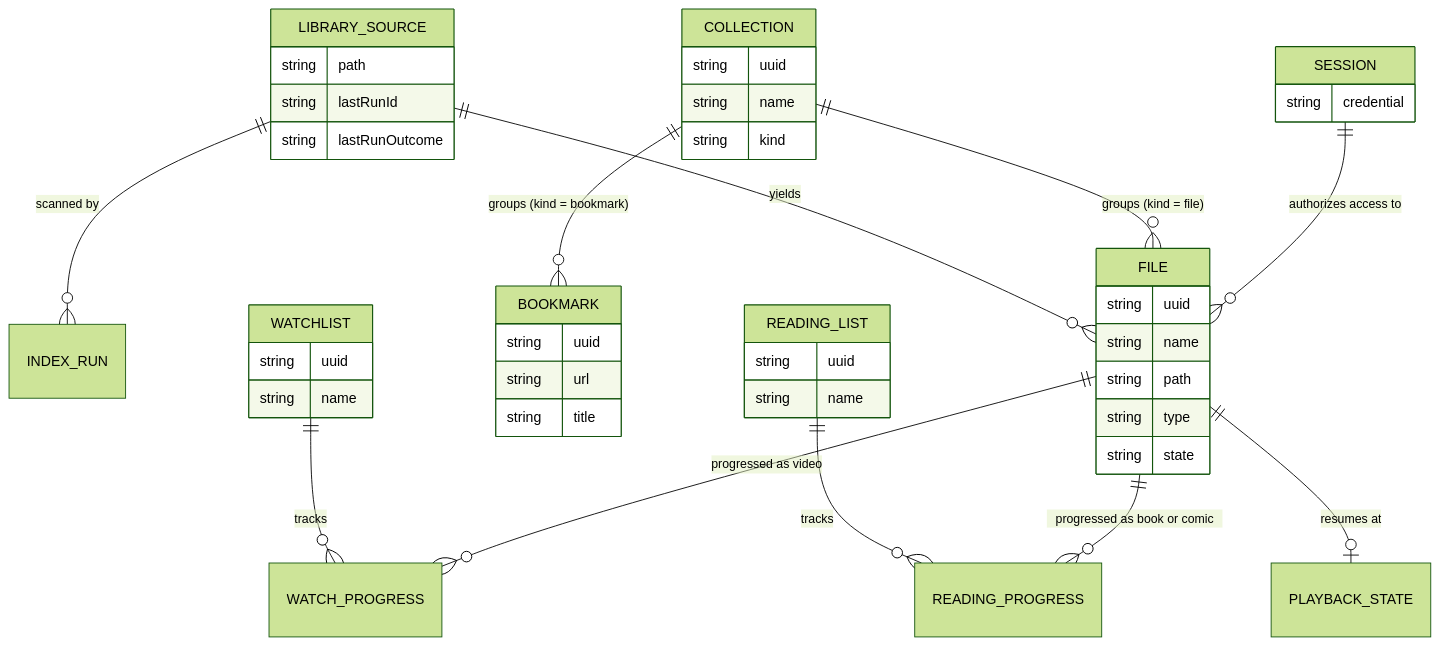
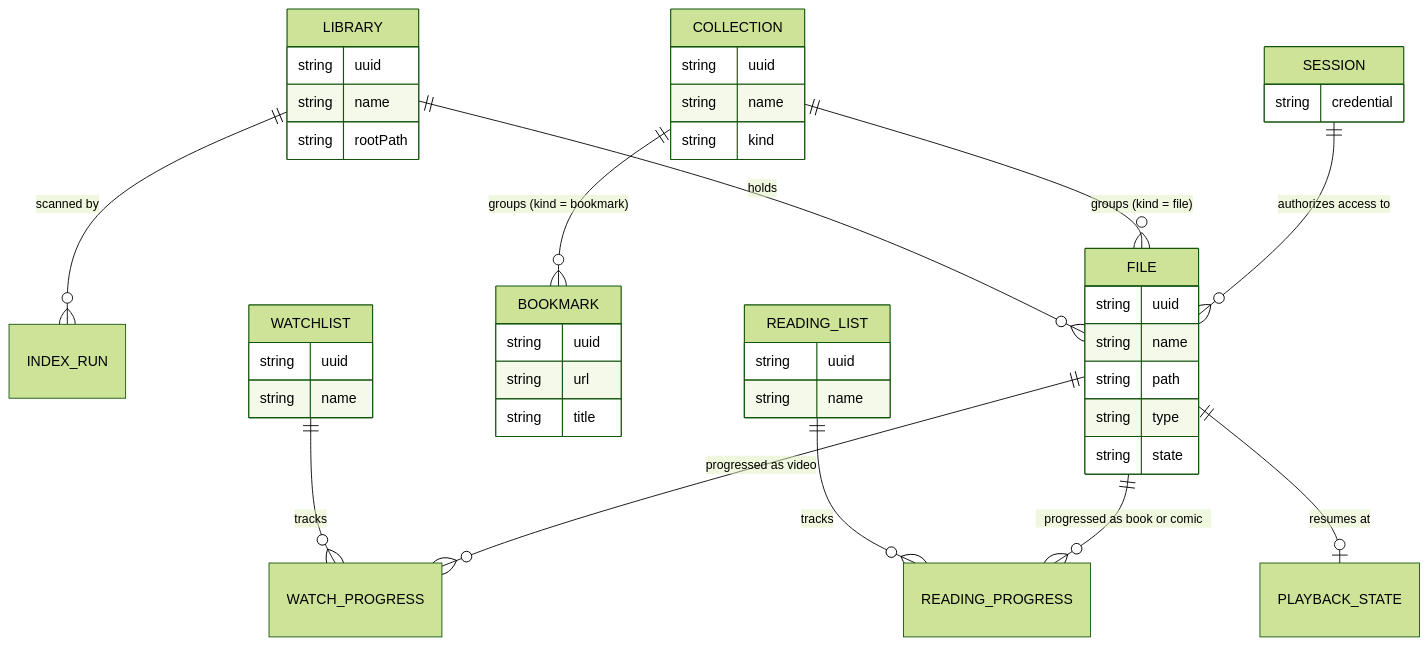
The second of 3 diagrams in docs/requirements/Vision Document.md (artur-rios/alexandria-ui), drawn with Mermaid (forest theme) before and after one commit. The commit also changed other lines of this file and 11 other files, not shown here.

````diff
--- a/docs/requirements/Vision Document.md
+++ b/docs/requirements/Vision Document.md
@@ -169,47 +172,47 @@
 ```mermaid
 erDiagram
-    LIBRARY_SOURCE ||--o{ INDEX_RUN : "scanned by"
-    LIBRARY_SOURCE ||--o{ FILE : "yields"
+    LIBRARY ||--o{ INDEX_RUN : "scanned by"
+    LIBRARY ||--o{ FILE : "holds"
     COLLECTION ||--o{ FILE : "groups (kind = file)"
     COLLECTION ||--o{ BOOKMARK : "groups (kind = bookmark)"
     WATCHLIST ||--o{ WATCH_PROGRESS : "tracks"
     FILE ||--o{ WATCH_PROGRESS : "progressed as video"
     READING_LIST ||--o{ READING_PROGRESS : "tracks"
     FILE ||--o{ READING_PROGRESS : "progressed as book or comic"
     FILE ||--o| PLAYBACK_STATE : "resumes at"
     SESSION ||--o{ FILE : "authorizes access to"
 
     FILE {
         string uuid
         string name
         string path
         string type
         string state
     }
-    LIBRARY_SOURCE {
-        string path
-        string lastRunId
-        string lastRunOutcome
+    LIBRARY {
+        string uuid
+        string name
+        string rootPath
     }
     COLLECTION {
         string uuid
         string name
         string kind
     }
     BOOKMARK {
         string uuid
         string url
         string title
     }
     WATCHLIST {
         string uuid
         string name
     }
     READING_LIST {
         string uuid
         string name
     }
     SESSION {
         string credential
     }
 ```
````
